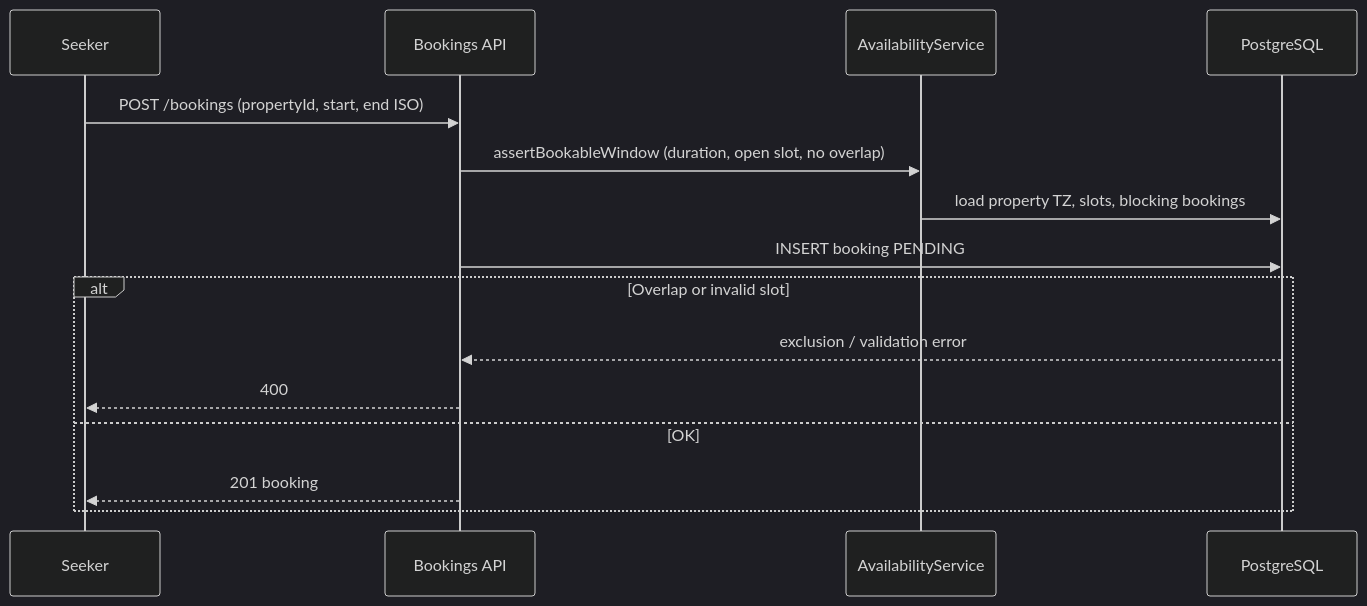
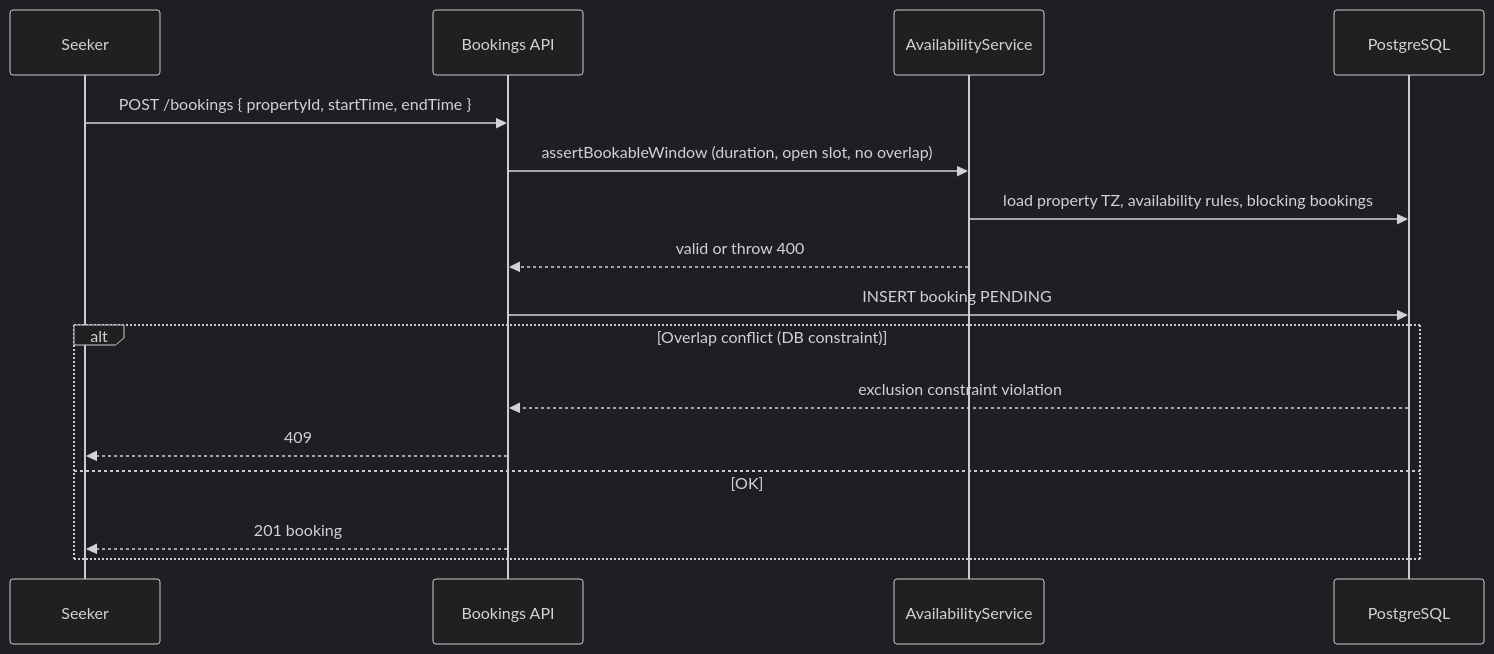
One commit to Raz-Bouganim/ProperT changed the fifth of 8 diagrams in ARCHITECTURE.md. Above: the diagram before and after it, drawn with Mermaid (dark theme). The commit also changed other lines of this file and 2 other files, not shown here.

Commit message:
docs: sync ARCHITECTURE, README, and ROADMAP to current project state

````diff
--- a/ARCHITECTURE.md
+++ b/ARCHITECTURE.md
@@ -618,18 +720,19 @@
 ```mermaid
 sequenceDiagram
   participant Seeker as Seeker
   participant API as Bookings API
   participant AV as AvailabilityService
   participant DB as PostgreSQL
 
-  Seeker->>API: POST /bookings (propertyId, start, end ISO)
+  Seeker->>API: POST /bookings { propertyId, startTime, endTime }
   API->>AV: assertBookableWindow (duration, open slot, no overlap)
-  AV->>DB: load property TZ, slots, blocking bookings
+  AV->>DB: load property TZ, availability rules, blocking bookings
+  AV-->>API: valid or throw 400
   API->>DB: INSERT booking PENDING
-  alt Overlap or invalid slot
-    DB-->>API: exclusion / validation error
-    API-->>Seeker: 400
+  alt Overlap conflict (DB constraint)
+    DB-->>API: exclusion constraint violation
+    API-->>Seeker: 409
   else OK
     API-->>Seeker: 201 booking
   end
 ```
````
